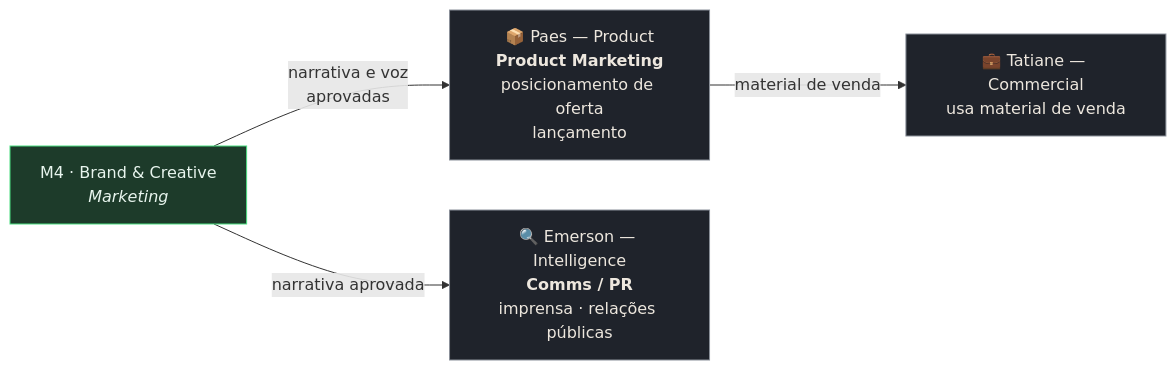
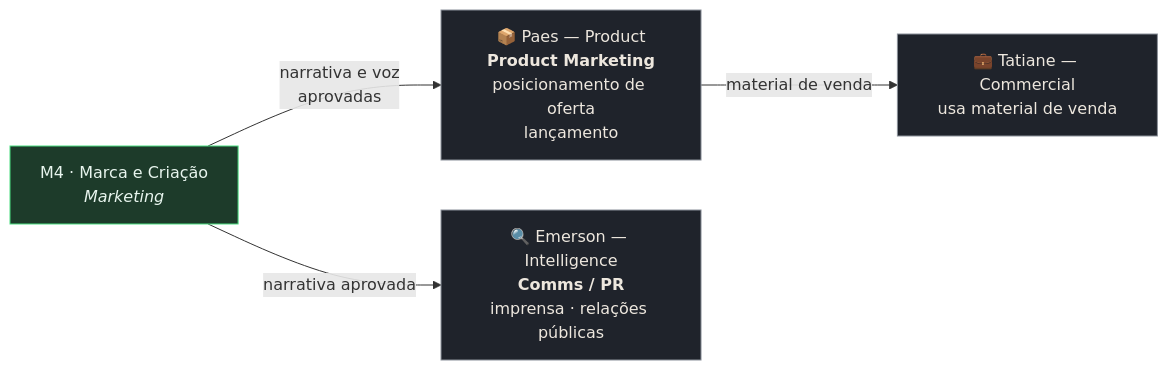
The third of 3 diagrams in docs/organograma.md (emersontrindade45-debug/hive_emerson), drawn with Mermaid before and after one commit. The commit also changed other lines of this file and 3 other files, not shown here.

````diff
--- a/docs/organograma.md
+++ b/docs/organograma.md
@@ -134,16 +151,16 @@
 ```mermaid
 flowchart LR
-    M4["M4 · Brand &amp; Creative<br/><i>Marketing</i>"]
+    M4["M4 · Marca e Criação<br/><i>Marketing</i>"]
     PRD["📦 Paes — Product<br/><b>Product Marketing</b><br/>posicionamento de oferta<br/>lançamento"]
     COM["💼 Tatiane — Commercial<br/>usa material de venda"]
     INT["🔍 Emerson — Intelligence<br/><b>Comms / PR</b><br/>imprensa · relações públicas"]
 
     M4 -->|"narrativa e voz<br/>aprovadas"| PRD
     M4 -->|"narrativa aprovada"| INT
     PRD -->|"material de venda"| COM
 
     classDef mkt fill:#1d3b2a,stroke:#4ade80,color:#e8f5ee
     classDef outro fill:#1F232B,stroke:#8A9099,color:#EDE7DE
     class M4 mkt
     class PRD,COM,INT outro
 ```
````
